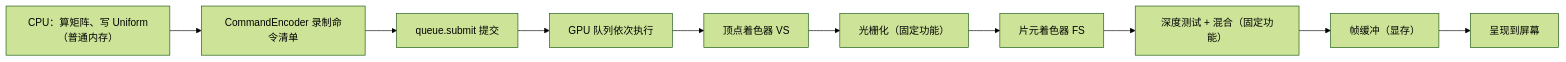
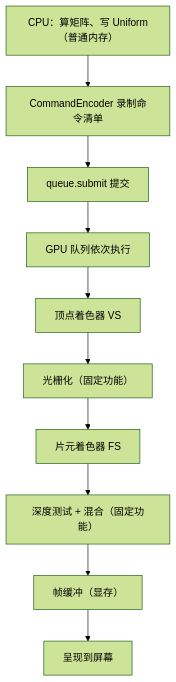
The diagram in blog-vp-site/webgpu/deep.md (shenjunjian/wasm-road-blog), drawn with Mermaid (forest theme) before and after one commit. The commit also changed other lines of this file and 3 other files, not shown here.

````diff
--- a/blog-vp-site/webgpu/deep.md
+++ b/blog-vp-site/webgpu/deep.md
@@ -25,12 +27,12 @@
 ```mermaid
-flowchart LR
+flowchart TD
     A["CPU：算矩阵、写 Uniform（普通内存）"] --> B["CommandEncoder 录制命令清单"]
     B --> C["queue.submit 提交"]
     C --> D["GPU 队列依次执行"]
     D --> E["顶点着色器 VS"]
     E --> F["光栅化（固定功能）"]
     F --> G["片元着色器 FS"]
     G --> H["深度测试 + 混合（固定功能）"]
     H --> I["帧缓冲（显存）"]
     I --> J["呈现到屏幕"]
 ```
````
